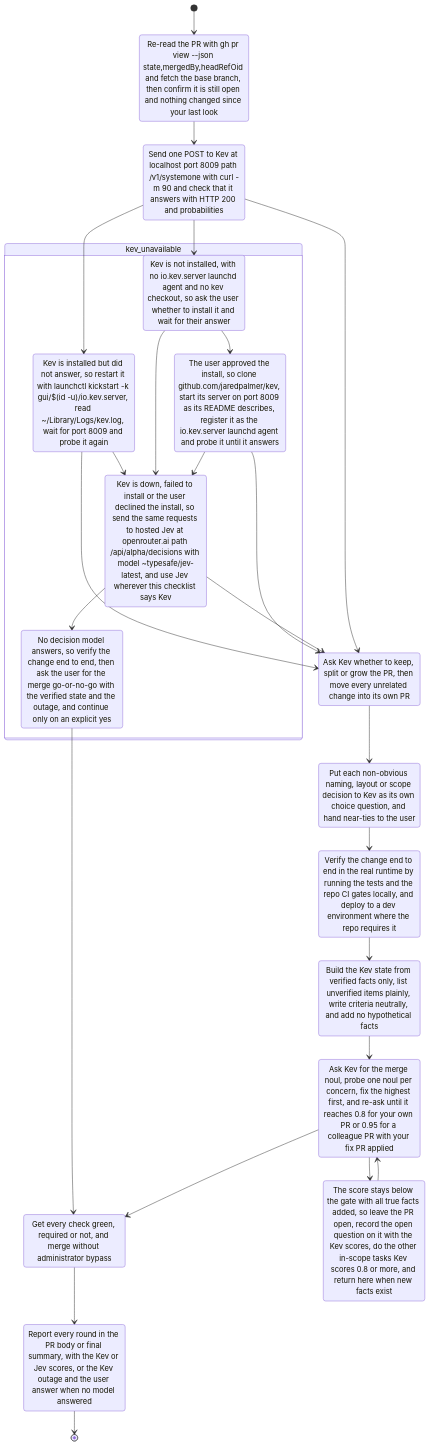
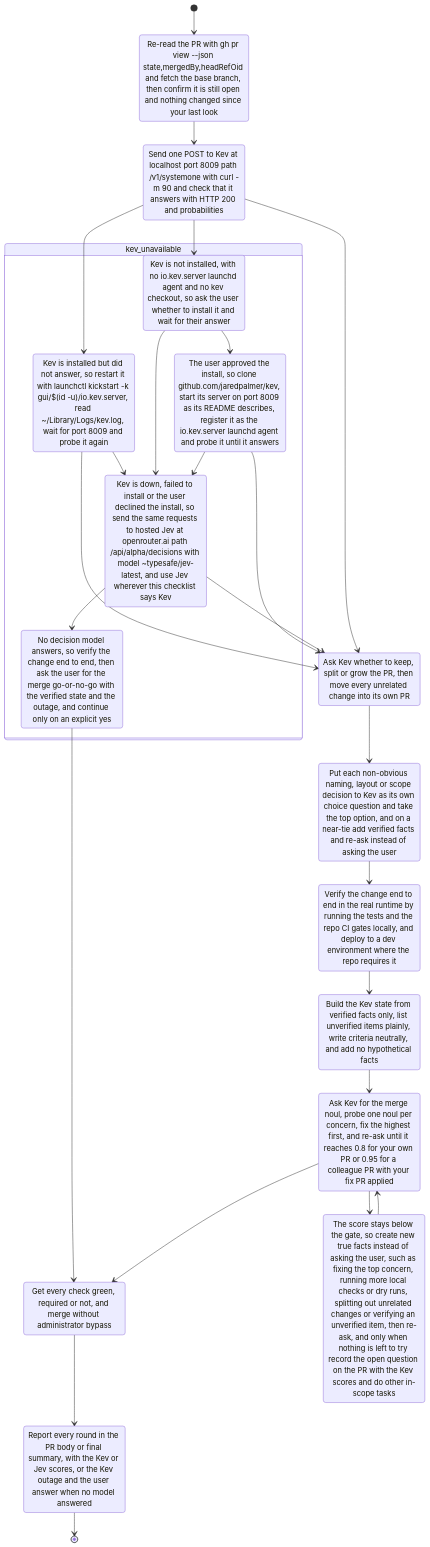
The diagram in .steplock/checklists/pr-improvement/flow.mmd (tupe12334/pull-request-improvment-checklist), drawn with Mermaid before and after one commit. The commit also changed 1 other file, not shown here.

Commit message:
Reach the Kev gate instead of asking the user (#3)
* Reach the Kev gate instead of asking the user

A near-tie design choice and a stalled merge score both handed the
decision back to the user. Now the agent adds verified facts and makes
real fixes, then re-asks Kev. It records an open question only when
nothing is left to try. Asking the user stays only for a Kev install
and a full decision-model outage.

* Reference flow.mmd from the README and fix the stalled label colon

The README repeated every step of flow.mmd, so each flow change had to
be made twice. It now links to flow.mmd, which GitHub renders.

The new stalled label had a colon before its list, which Mermaid 10 and
11 reject (caught by scripts/check-mermaid.mjs from #2).

* Reduce the README flow section to one link line

---------

```diff
--- a/.steplock/checklists/pr-improvement/flow.mmd
+++ b/.steplock/checklists/pr-improvement/flow.mmd
@@ -1,44 +1,44 @@
 stateDiagram-v2
     [*] --> fresh_state
     fresh_state --> probe_kev
     probe_kev --> scope
     probe_kev --> restart_kev
     probe_kev --> kev_missing
 
     state kev_unavailable {
         restart_kev --> use_jev
         kev_missing --> install_kev
         kev_missing --> use_jev
         install_kev --> use_jev
         use_jev --> user_gate
     }
     restart_kev --> scope
     install_kev --> scope
     use_jev --> scope
     user_gate --> checks_green
 
     scope --> design_choices
     design_choices --> verified
     verified --> honest_state
     honest_state --> threshold
     threshold --> checks_green
     threshold --> stalled
     stalled --> threshold
     checks_green --> reported
     reported --> [*]
 
     fresh_state    : Re-read the PR with gh pr view --json state,mergedBy,headRefOid and fetch the base branch, then confirm it is still open and nothing changed since your last look
     probe_kev      : Send one POST to Kev at localhost port 8009 path /v1/systemone with curl -m 90 and check that it answers with HTTP 200 and probabilities
     restart_kev    : Kev is installed but did not answer, so restart it with launchctl kickstart -k gui/$(id -u)/io.kev.server, read ~/Library/Logs/kev.log, wait for port 8009 and probe it again
     kev_missing    : Kev is not installed, with no io.kev.server launchd agent and no kev checkout, so ask the user whether to install it and wait for their answer
     install_kev    : The user approved the install, so clone github.com/jaredpalmer/kev, start its server on port 8009 as its README describes, register it as the io.kev.server launchd agent and probe it until it answers
     use_jev        : Kev is down, failed to install or the user declined the install, so send the same requests to hosted Jev at openrouter.ai path /api/alpha/decisions with model ~typesafe/jev-latest, and use Jev wherever this checklist says Kev
     user_gate      : No decision model answers, so verify the change end to end, then ask the user for the merge go-or-no-go with the verified state and the outage, and continue only on an explicit yes
     scope          : Ask Kev whether to keep, split or grow the PR, then move every unrelated change into its own PR
-    design_choices : Put each non-obvious naming, layout or scope decision to Kev as its own choice question, and hand near-ties to the user
+    design_choices : Put each non-obvious naming, layout or scope decision to Kev as its own choice question and take the top option, and on a near-tie add verified facts and re-ask instead of asking the user
     verified       : Verify the change end to end in the real runtime by running the tests and the repo CI gates locally, and deploy to a dev environment where the repo requires it
     honest_state   : Build the Kev state from verified facts only, list unverified items plainly, write criteria neutrally, and add no hypothetical facts
     threshold      : Ask Kev for the merge noul, probe one noul per concern, fix the highest first, and re-ask until it reaches 0.8 for your own PR or 0.95 for a colleague PR with your fix PR applied
-    stalled        : The score stays below the gate with all true facts added, so leave the PR open, record the open question on it with the Kev scores, do the other in-scope tasks Kev scores 0.8 or more, and return here when new facts exist
+    stalled        : The score stays below the gate, so create new true facts instead of asking the user, such as fixing the top concern, running more local checks or dry runs, splitting out unrelated changes or verifying an unverified item, then re-ask, and only when nothing is left to try record the open question on the PR with the Kev scores and do other in-scope tasks
     checks_green   : Get every check green, required or not, and merge without administrator bypass
     reported       : Report every round in the PR body or final summary, with the Kev or Jev scores, or the Kev outage and the user answer when no model answered
```
